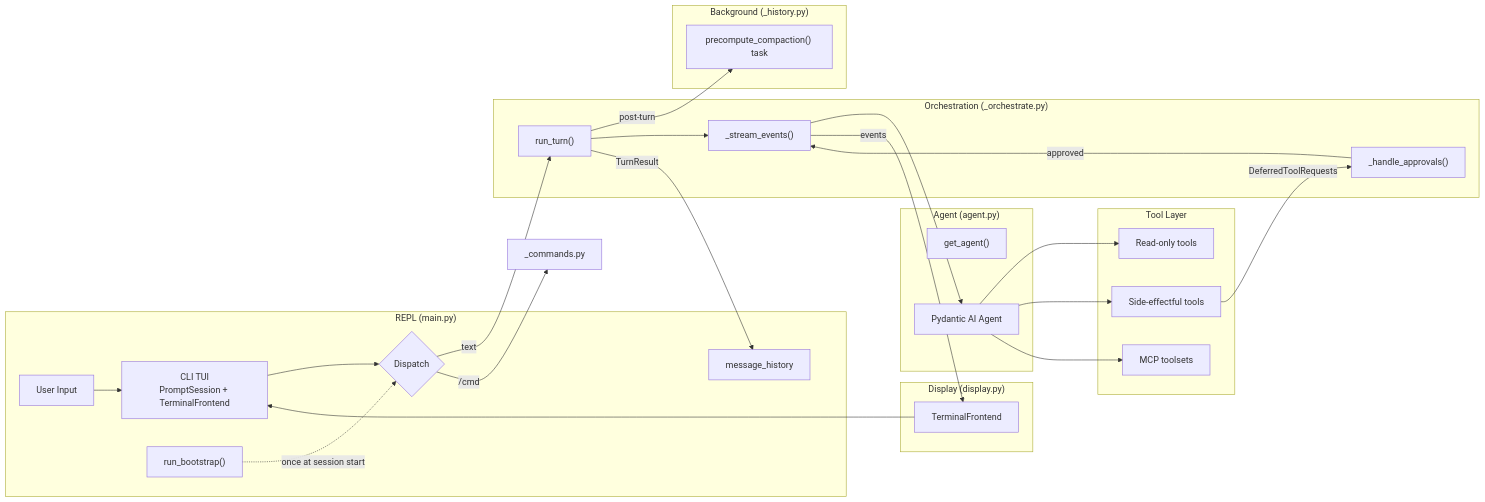
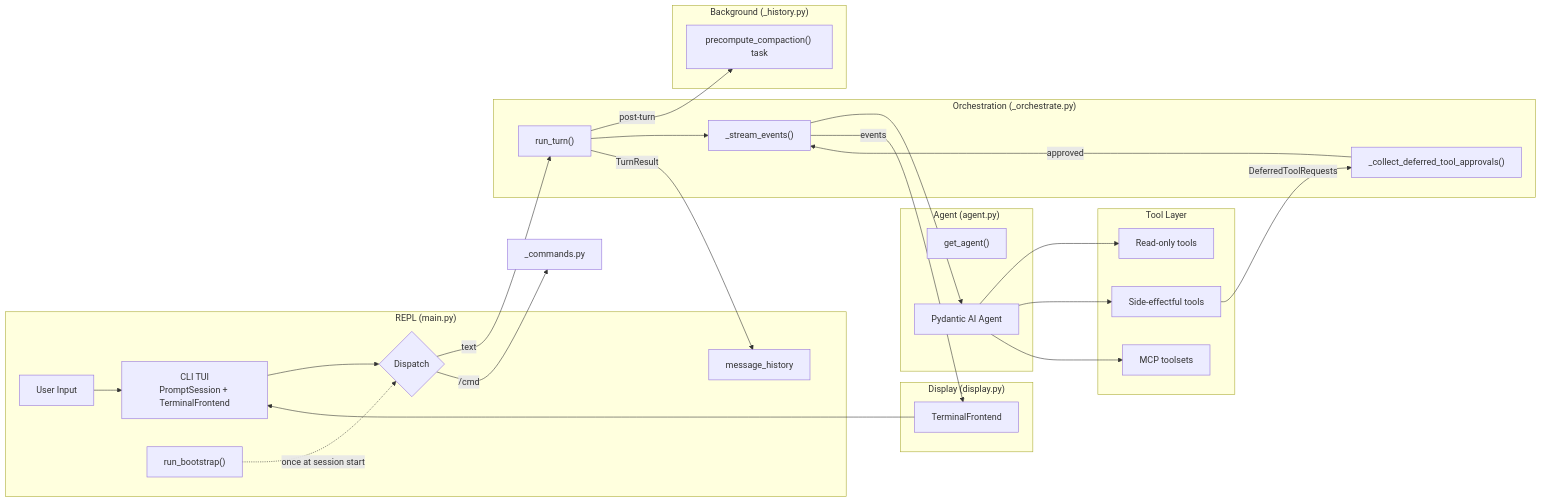
One commit to binlecode/co-cli changed the second of 3 diagrams in docs/DESIGN-core.md. Above: the diagram before and after it, drawn with Mermaid. The commit also changed other lines of this file and 59 other files, not shown here.

````diff
--- a/docs/DESIGN-core.md
+++ b/docs/DESIGN-core.md
@@ -97,52 +97,52 @@
 ```mermaid
 graph LR
     subgraph REPL ["REPL (main.py)"]
         Input[User Input]
         CliTui[CLI TUI<br/>PromptSession + TerminalFrontend]
         Bootstrap["run_bootstrap()"]
         Dispatch{Dispatch}
         History[message_history]
     end
 
     subgraph Orchestration ["Orchestration (_orchestrate.py)"]
         RunTurn["run_turn()"]
         Stream["_stream_events()"]
-        Approve["_handle_approvals()"]
+        Approve["_collect_deferred_tool_approvals()"]
     end
 
     subgraph Agent ["Agent (agent.py)"]
         Factory["get_agent()"]
         PydanticAgent[Pydantic AI Agent]
     end
 
     subgraph Display ["Display (display.py)"]
         Frontend[TerminalFrontend]
     end
 
     subgraph Background ["Background (_history.py)"]
         Precompact["precompute_compaction() task"]
     end
 
     subgraph Tools ["Tool Layer"]
         ReadOnly[Read-only tools]
         SideEffect[Side-effectful tools]
         MCP[MCP toolsets]
     end
 
     Input --> CliTui
     CliTui --> Dispatch
     Bootstrap -.->|once at session start| Dispatch
     Dispatch -->|text| RunTurn
     Dispatch -->|/cmd| SlashCmd[_commands.py]
     RunTurn -->|post-turn| Precompact
     RunTurn --> Stream
     Stream --> PydanticAgent
     PydanticAgent --> ReadOnly
     PydanticAgent --> SideEffect
     PydanticAgent --> MCP
     SideEffect -->|DeferredToolRequests| Approve
     Approve -->|approved| Stream
     Stream -->|events| Frontend
     Frontend --> CliTui
     RunTurn -->|TurnResult| History
 ```
````
